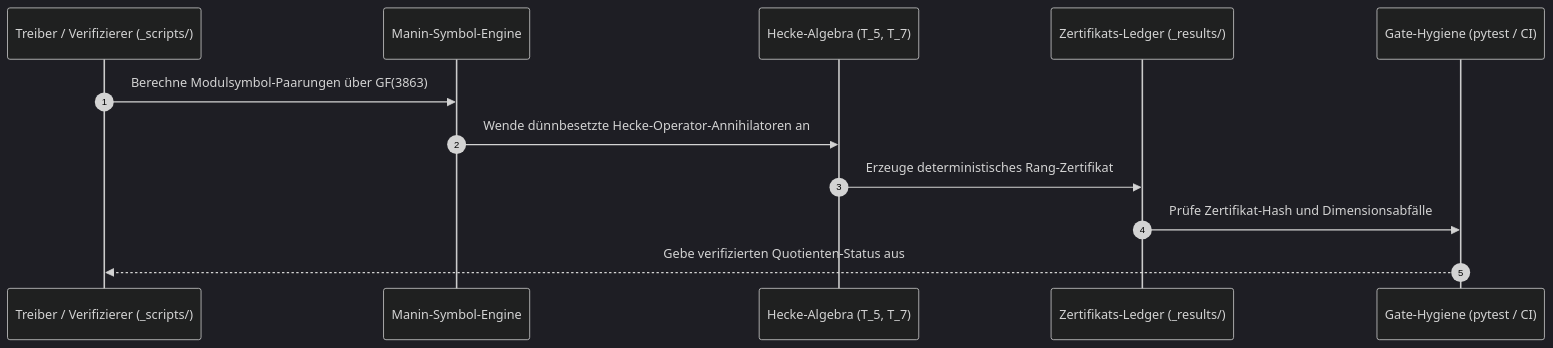
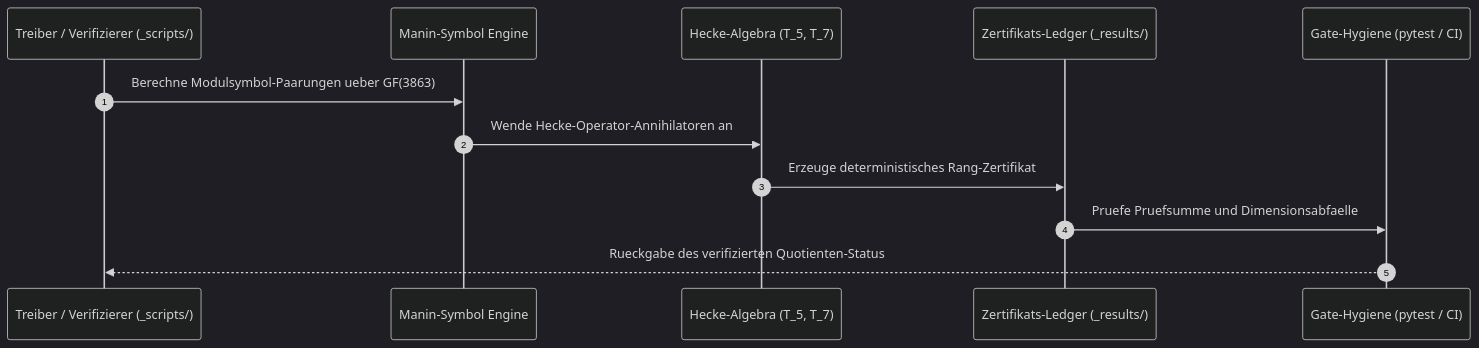
One commit to research-line/abc-hct changed the third of 3 diagrams in README_de.md. Above: the diagram before and after it, drawn with Mermaid (dark theme). The commit also changed other lines of this file and 7 other files, not shown here.

Commit message:
feat(marketing): pfad b discoverability, 18-point visual architecture and metadata contract hardening (v0.1.13)

````diff
--- a/README_de.md
+++ b/README_de.md
@@ -98,15 +210,15 @@
 ```mermaid
 sequenceDiagram
     autonumber
     participant D as Treiber / Verifizierer (_scripts/)
-    participant M as Manin-Symbol-Engine
+    participant M as Manin-Symbol Engine
     participant H as Hecke-Algebra (T_5, T_7)
     participant C as Zertifikats-Ledger (_results/)
     participant G as Gate-Hygiene (pytest / CI)
 
-    D->>M: Berechne Modulsymbol-Paarungen über GF(3863)
-    M->>H: Wende dünnbesetzte Hecke-Operator-Annihilatoren an
+    D->>M: Berechne Modulsymbol-Paarungen ueber GF(3863)
+    M->>H: Wende Hecke-Operator-Annihilatoren an
     H->>C: Erzeuge deterministisches Rang-Zertifikat
-    C->>G: Prüfe Zertifikat-Hash und Dimensionsabfälle
-    G-->>D: Gebe verifizierten Quotienten-Status aus
+    C->>G: Pruefe Pruefsumme und Dimensionsabfaelle
+    G-->>D: Rueckgabe des verifizierten Quotienten-Status
 ```
````
